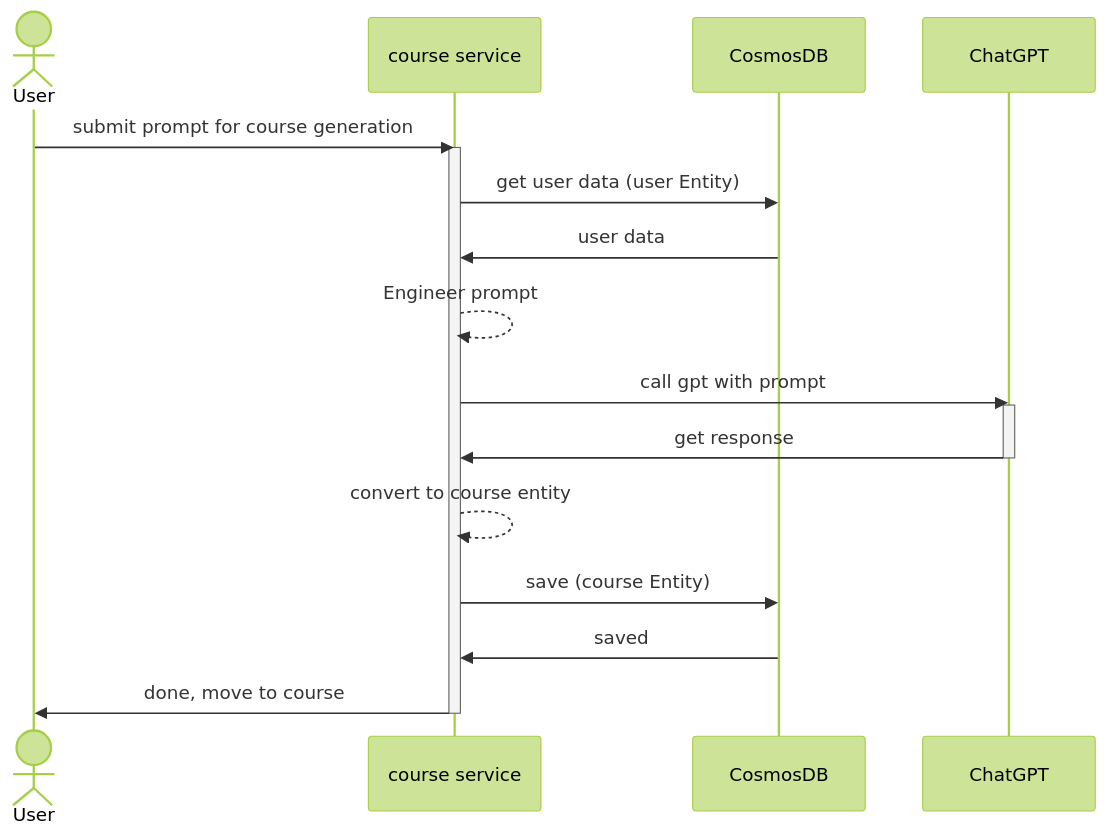
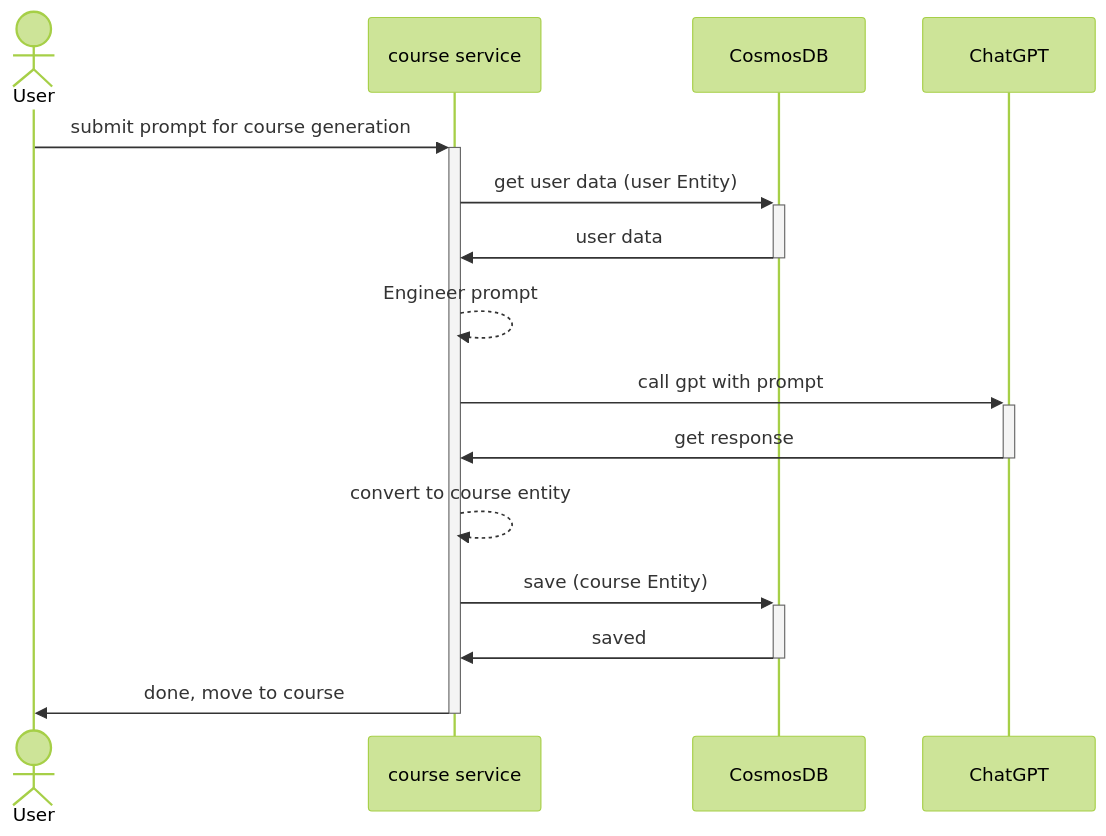
The third of 6 diagrams in README.md (Learn-Via-AI/communicator), drawn with Mermaid (forest theme) before and after one commit. The commit also changed other lines of this file, not shown here.

````diff
--- a/README.md
+++ b/README.md
@@ -91,25 +86,21 @@
 ```mermaid
 sequenceDiagram
     actor U as User
     participant com as course service
     participant db as CosmosDB
     participant gpt as ChatGPT
 
-    U->>com: submit prompt for course generation 
-    activate com
-    com->>db: get user data (user Entity)
-    db->>com: user data
+    U->>+com: submit prompt for course generation 
+    com->>+db: get user data (user Entity)
+    db->>-com: user data
     com-->>com: Engineer prompt
 
-    com->>gpt: call gpt with prompt
-    activate gpt
-    gpt->>com: get response
-    deactivate gpt
+    com->>+gpt: call gpt with prompt
+    gpt->>-com: get response
 
     com-->>com: convert to course entity
-    com->>db: save (course Entity)
-    db->>com: saved
-    com->>U: done, move to course
+    com->>+db: save (course Entity)
+    db->>-com: saved
+    com->>-U: done, move to course
 
-    deactivate com
 ```
````
